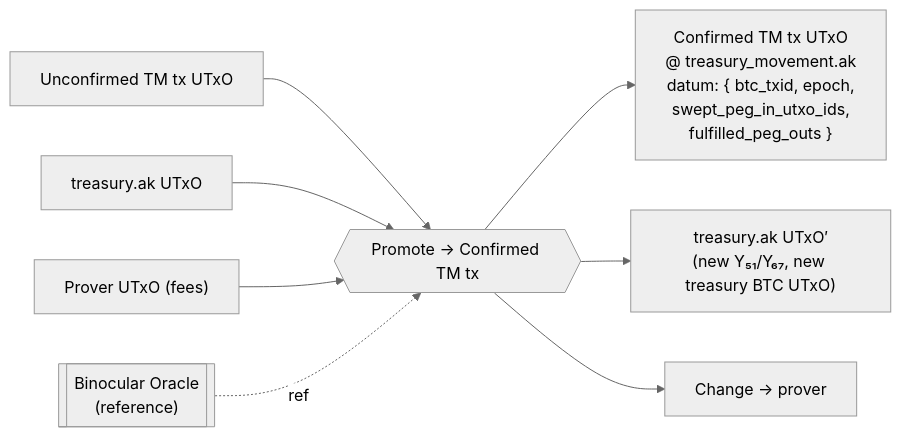
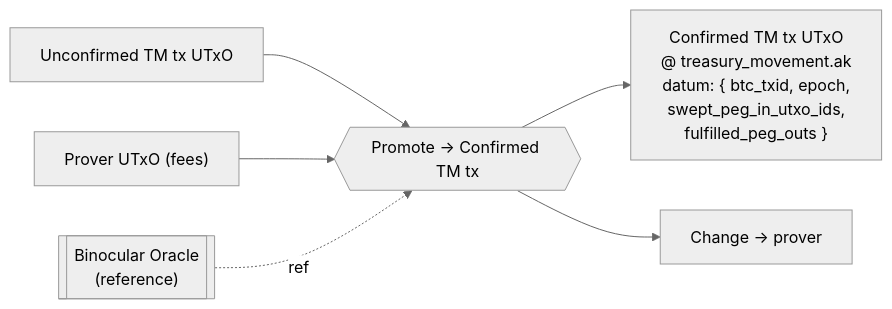
Before and after one commit to FluidTokens/ft-bifrost-bridge: the sixth of 8 diagrams in documentation/technical_documentation.md, drawn with Mermaid (neutral theme). The commit also changed other lines of this file, not shown here.

````diff
--- a/documentation/technical_documentation.md
+++ b/documentation/technical_documentation.md
@@ -654,10 +659,8 @@
 ```mermaid
 flowchart LR
   unconf["Unconfirmed TM tx UTxO"] --> tx{{"Promote → Confirmed TM tx"}}
-  tres_in["treasury.ak UTxO"] --> tx
   prover["Prover UTxO (fees)"] --> tx
   binoc[["Binocular Oracle<br/>(reference)"]] -. ref .-> tx
   tx --> conf["Confirmed TM tx UTxO<br/>@ treasury_movement.ak<br/>datum: { btc_txid, epoch,<br/>swept_peg_in_utxo_ids,<br/>fulfilled_peg_outs }"]
-  tx --> tres_out["treasury.ak UTxO′<br/>(new Y₅₁/Y₆₇, new treasury BTC UTxO)"]
   tx --> change["Change → prover"]
 ```
````
